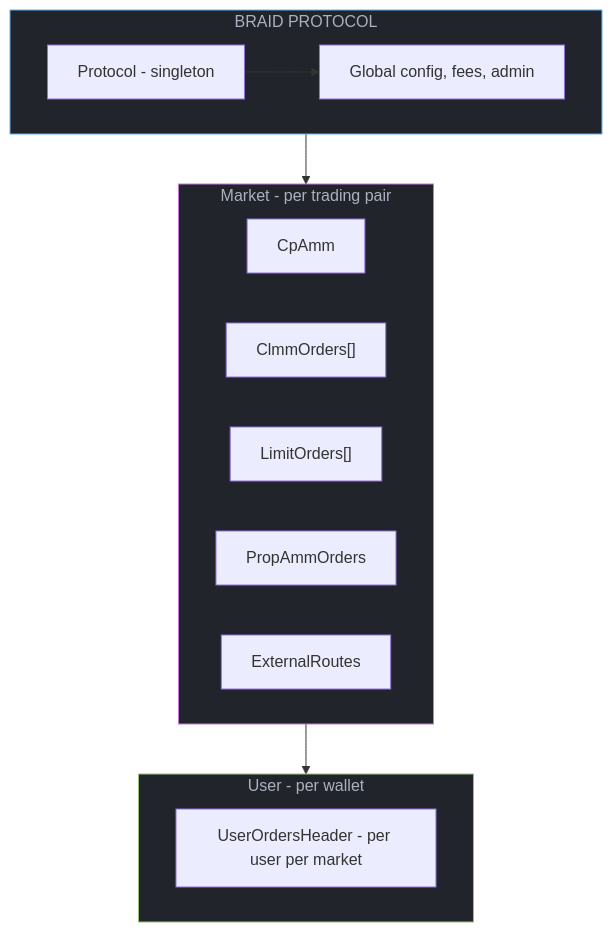
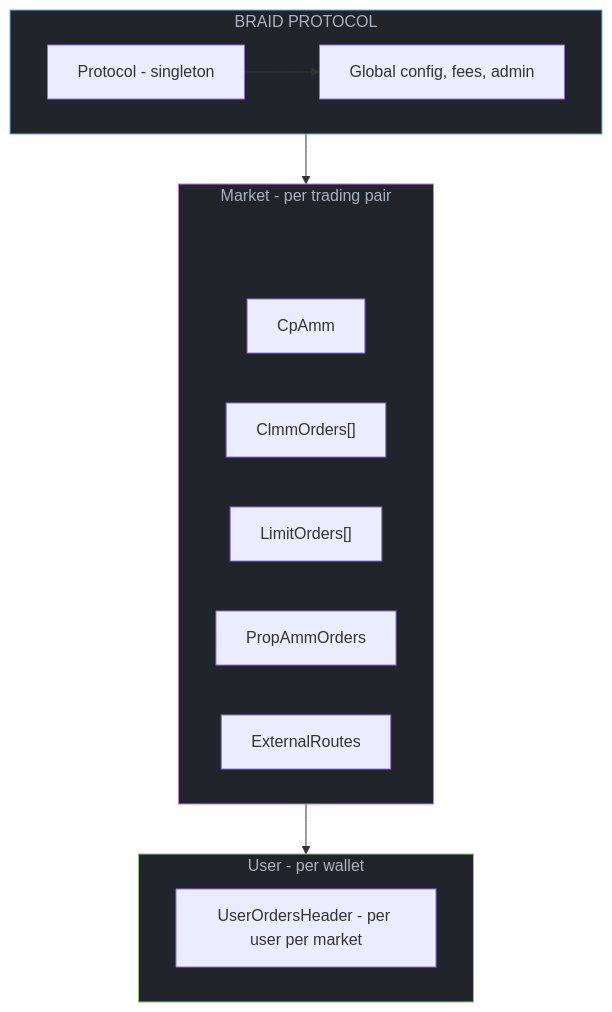
The first of 4 diagrams in architecture.mdx (mgild/mintlify-docs), drawn with Mermaid before and after one commit. The commit also changed 6 other files, not shown here.

````diff
--- a/architecture.mdx
+++ b/architecture.mdx
@@ -12,27 +12,29 @@
 ```mermaid
 
 graph TB
     subgraph Protocol["BRAID PROTOCOL"]
         P[Protocol - singleton]
         P --> P1[Global config, fees, admin]
     end
 
     subgraph Market["Market - per trading pair"]
+        MarketSpacer[ ]
         M1[CpAmm]
         M2["ClmmOrders[]"]
         M3["LimitOrders[]"]
         M4[PropAmmOrders]
         M5[ExternalRoutes]
     end
+    style MarketSpacer fill:none,stroke:none
 
     subgraph User["User - per wallet"]
         U1[UserOrdersHeader - per user per market]
     end
 
     Protocol --> Market
     Market --> User
 
     style Protocol fill:#21252b,stroke:#61afef,color:#abb2bf
     style Market fill:#21252b,stroke:#c678dd,color:#abb2bf
     style User fill:#21252b,stroke:#98c379,color:#abb2bf
 ```
````
